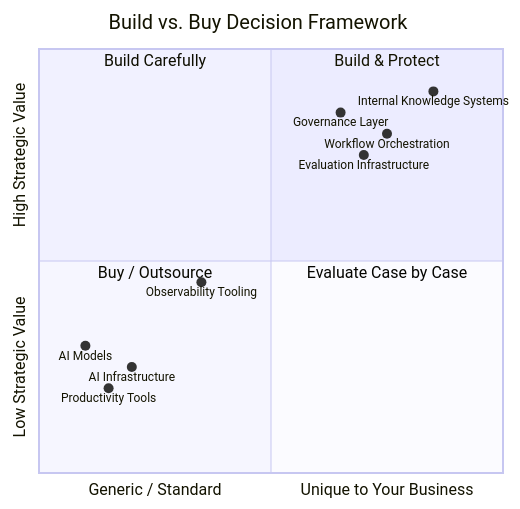
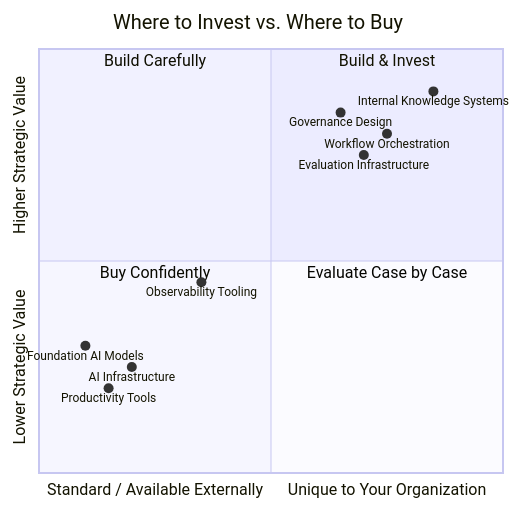
The third of 4 diagrams in src/content/en/blog/it-org-ai-transformation.md (fps4/web-faridgurbanov), drawn with Mermaid before and after one commit. The commit also changed other lines of this file and 13 other files, not shown here.

````diff
--- a/src/content/en/blog/it-org-ai-transformation.md
+++ b/src/content/en/blog/it-org-ai-transformation.md
@@ -102,20 +100,20 @@
 ```mermaid
 quadrantChart
-    title Build vs. Buy Decision Framework
-    x-axis "Generic / Standard" --> "Unique to Your Business"
-    y-axis "Low Strategic Value" --> "High Strategic Value"
+    title Where to Invest vs. Where to Buy
+    x-axis "Standard / Available Externally" --> "Unique to Your Organization"
+    y-axis "Lower Strategic Value" --> "Higher Strategic Value"
     
-    quadrant-1 Build & Protect
+    quadrant-1 Build & Invest
     quadrant-2 Build Carefully
-    quadrant-3 Buy / Outsource
+    quadrant-3 Buy Confidently
     quadrant-4 Evaluate Case by Case
 
     Internal Knowledge Systems: [0.85, 0.90]
     Workflow Orchestration: [0.75, 0.80]
     Evaluation Infrastructure: [0.70, 0.75]
-    Governance Layer: [0.65, 0.85]
-    AI Models: [0.10, 0.30]
+    Governance Design: [0.65, 0.85]
+    Foundation AI Models: [0.10, 0.30]
     Productivity Tools: [0.15, 0.20]
     AI Infrastructure: [0.20, 0.25]
     Observability Tooling: [0.35, 0.45]
 ```
````
